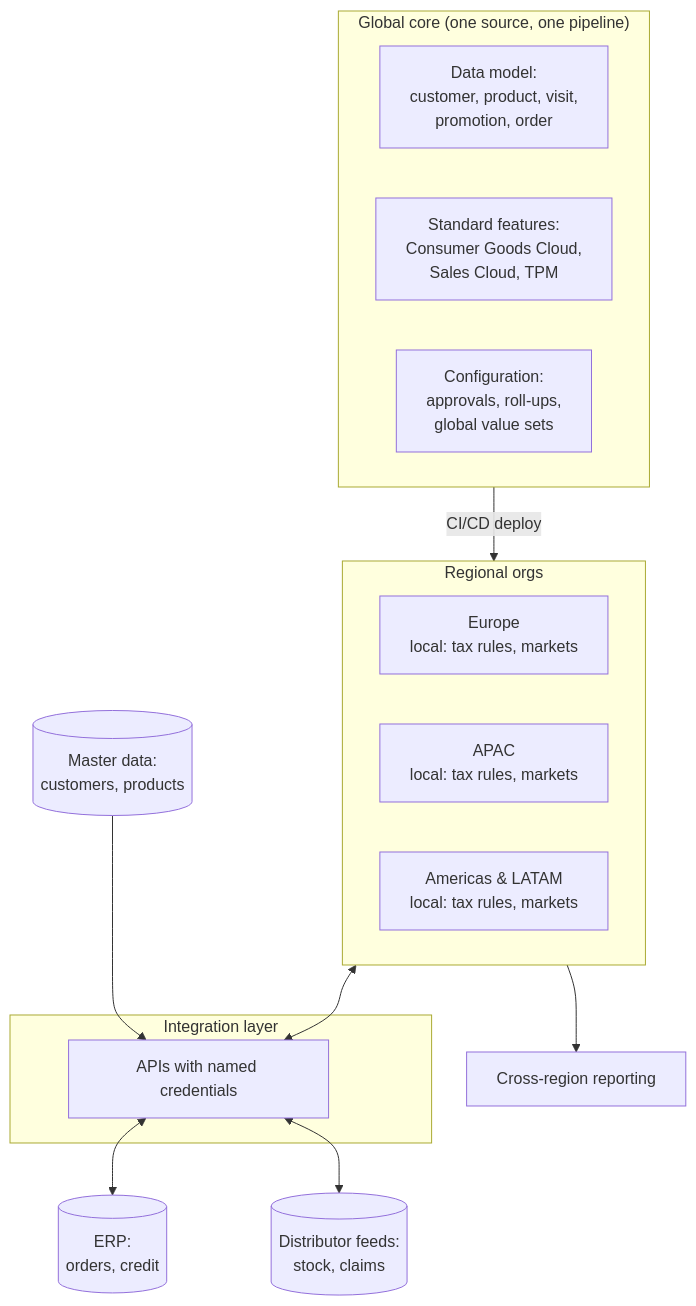
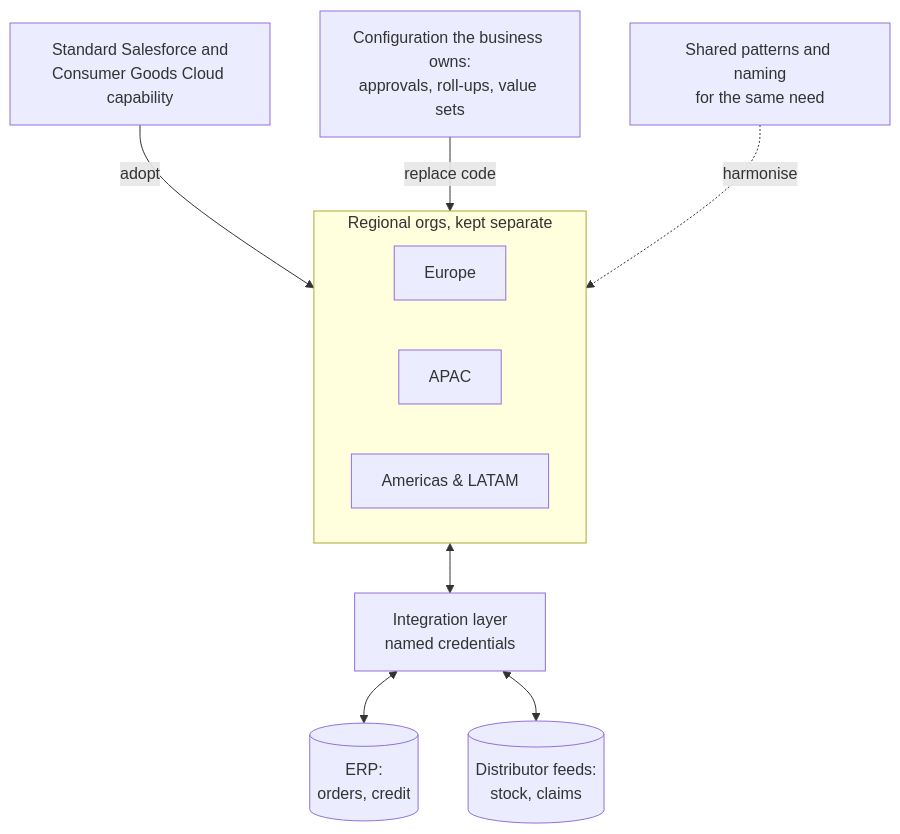
The third of 3 diagrams in adlc/1-discover/assessment/architecture.md (himantgupta-alt/crm-genie), drawn with Mermaid before and after one commit. The commit also changed other lines of this file and 21 other files, not shown here.

````diff
--- a/adlc/1-discover/assessment/architecture.md
+++ b/adlc/1-discover/assessment/architecture.md
@@ -53,22 +61,14 @@
 ```mermaid
 flowchart TB
-  subgraph Core["Global core (one source, one pipeline)"]
-    DM["Data model:<br/>customer, product, visit,<br/>promotion, order"]
-    STD["Standard features:<br/>Consumer Goods Cloud,<br/>Sales Cloud, TPM"]
-    CFG["Configuration:<br/>approvals, roll-ups,<br/>global value sets"]
+  subgraph Orgs["Regional orgs, kept separate"]
+    Teu["Europe"]
+    Tapac["APAC"]
+    Tamer["Americas & LATAM"]
   end
-  subgraph Orgs["Regional orgs"]
-    Teu["Europe<br/>local: tax rules, markets"]
-    Tapac["APAC<br/>local: tax rules, markets"]
-    Tamer["Americas & LATAM<br/>local: tax rules, markets"]
-  end
-  Core -- "CI/CD deploy" --> Orgs
-  subgraph Int["Integration layer"]
-    API["APIs with named credentials"]
-  end
-  Orgs <--> API
+  STD["Standard Salesforce and<br/>Consumer Goods Cloud capability"] -- "adopt" --> Orgs
+  CFG["Configuration the business owns:<br/>approvals, roll-ups, value sets"] -- "replace code" --> Orgs
+  PAT["Shared patterns and naming<br/>for the same need"] -. "harmonise" .-> Orgs
+  Orgs <--> API["Integration layer<br/>named credentials"]
   API <--> ERP[("ERP:<br/>orders, credit")]
   API <--> DIST[("Distributor feeds:<br/>stock, claims")]
-  MDM[("Master data:<br/>customers, products")] --> API
-  Orgs --> AN["Cross-region reporting"]
 ```
````
